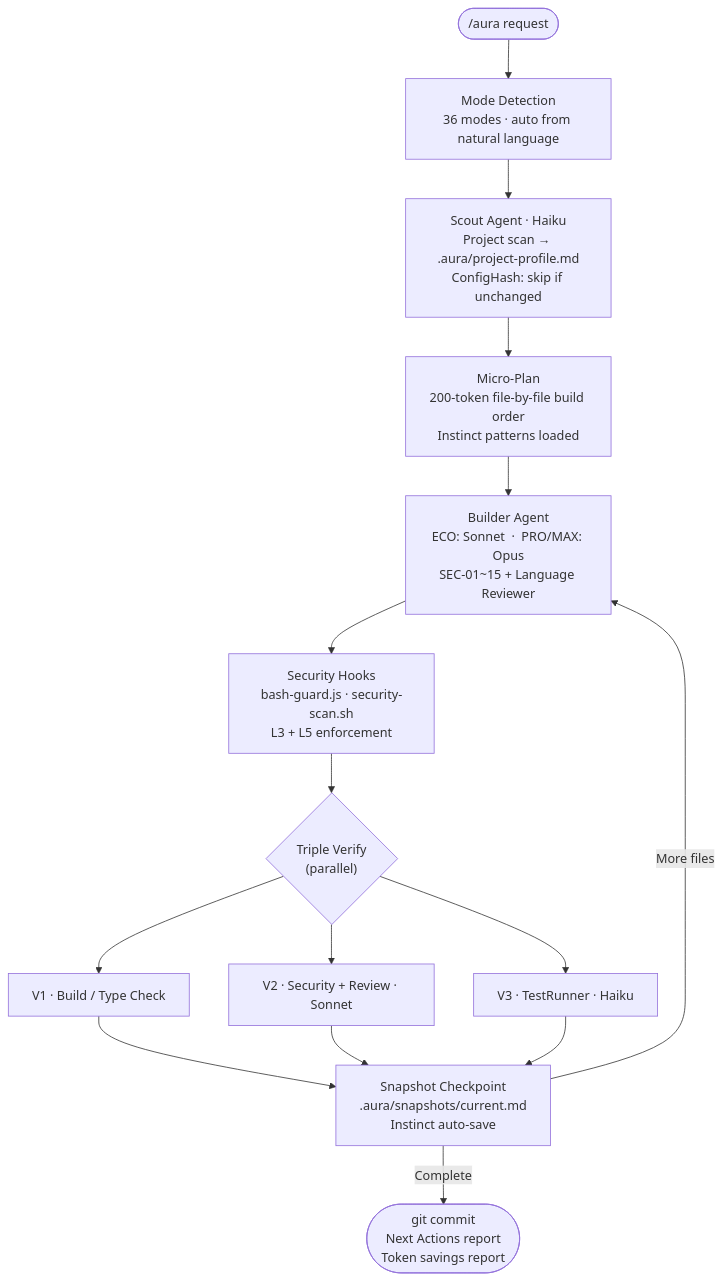
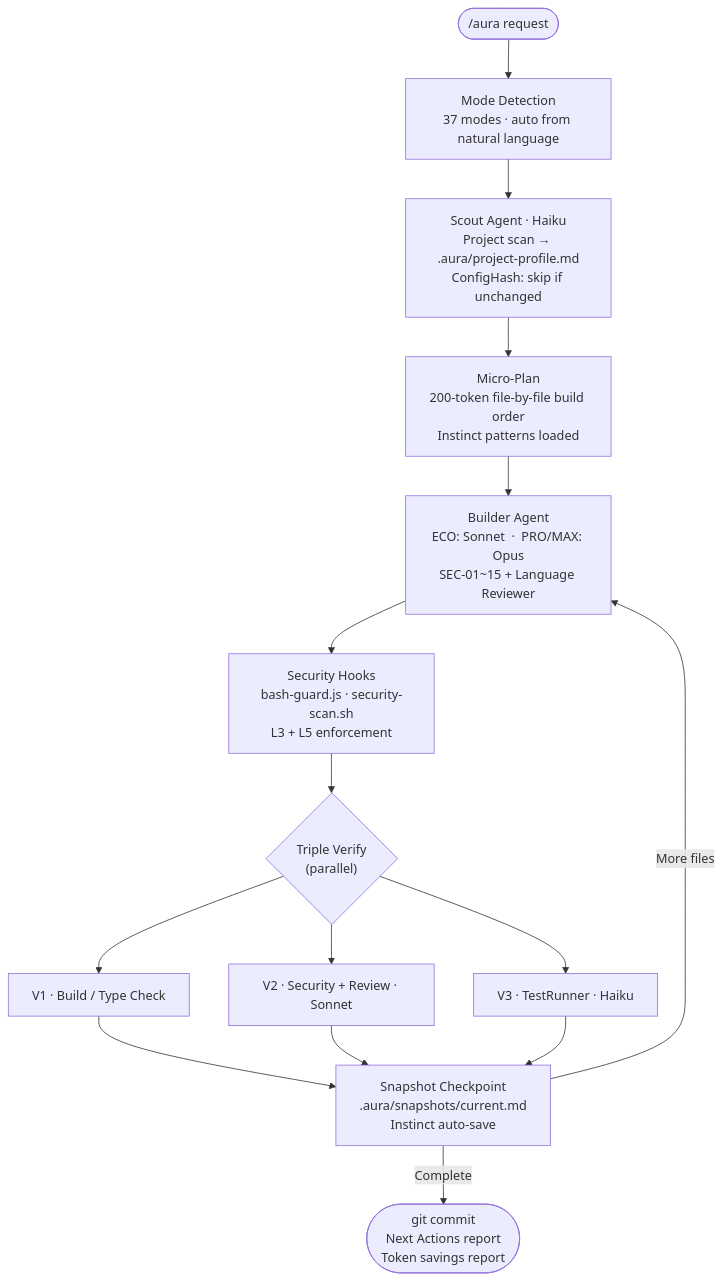
Before and after one commit to smorky850612/Aurakit: the diagram in README.md, drawn with Mermaid. The commit also changed other lines of this file and 5 other files, not shown here.

First line of the commit message:
feat(docs): add PAYMENT mode — 36 modes → 37 modes

````diff
--- a/README.md
+++ b/README.md
@@ -289,17 +290,17 @@
 ```mermaid
 flowchart TD
-    A(["/aura request"]) --> B["Mode Detection\n36 modes · auto from natural language"]
+    A(["/aura request"]) --> B["Mode Detection\n37 modes · auto from natural language"]
     B --> C["Scout Agent · Haiku\nProject scan → .aura/project-profile.md\nConfigHash: skip if unchanged"]
     C --> D["Micro-Plan\n200-token file-by-file build order\nInstinct patterns loaded"]
     D --> E["Builder Agent\nECO: Sonnet  ·  PRO/MAX: Opus\nSEC-01~15 + Language Reviewer"]
     E --> F["Security Hooks\nbash-guard.js · security-scan.sh\nL3 + L5 enforcement"]
     F --> G{"Triple Verify\n(parallel)"}
     G --> H["V1 · Build / Type Check"]
     G --> I["V2 · Security + Review · Sonnet"]
     G --> J["V3 · TestRunner · Haiku"]
     H --> K["Snapshot Checkpoint\n.aura/snapshots/current.md\nInstinct auto-save"]
     I --> K
     J --> K
     K --> |"More files"| E
     K --> |"Complete"| L(["git commit\nNext Actions report\nToken savings report"])
 ```
````
